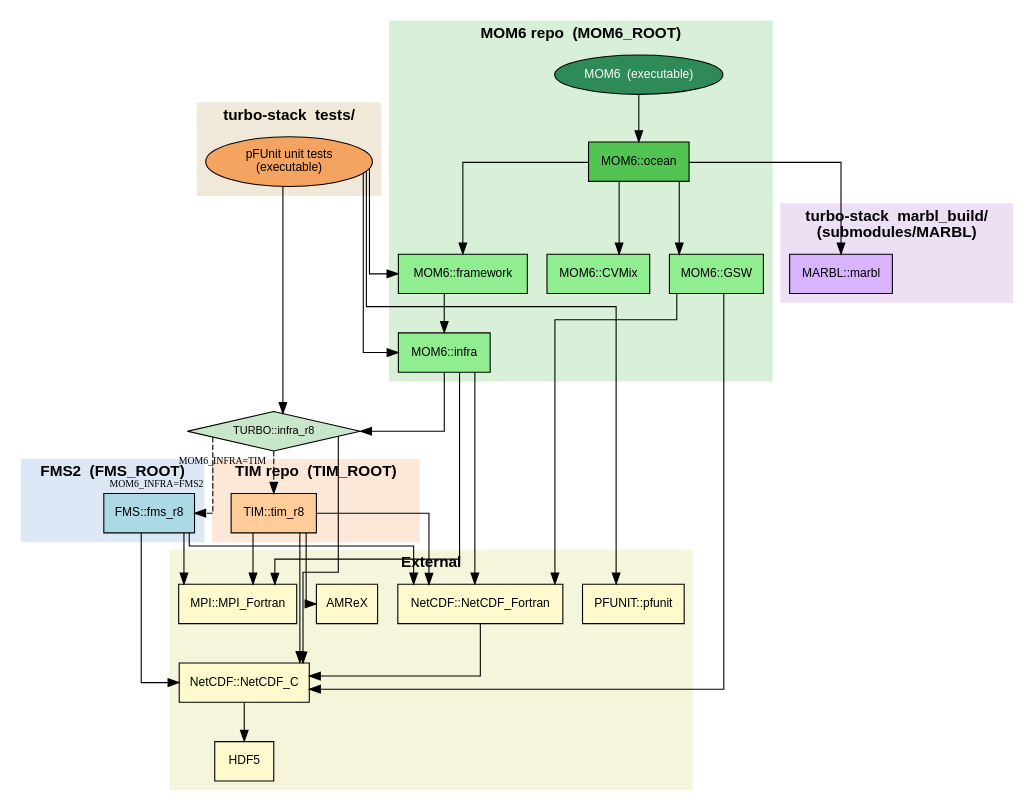
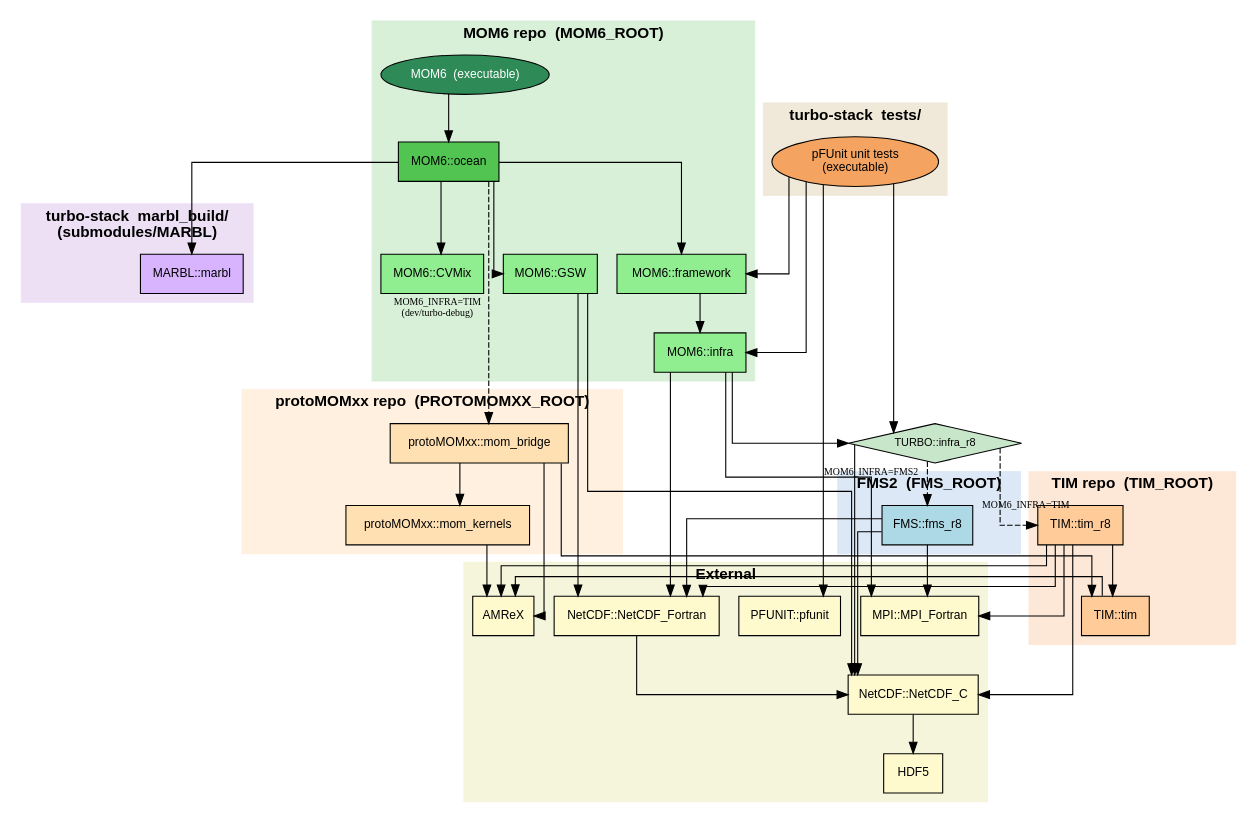
One commit to TURBO-ESM/turbo-stack changed the diagram in docs/cmake_dependency_dag.dot. Above: the diagram before and after it, drawn with Graphviz. The commit also changed 24 other files, not shown here.

```diff
--- a/docs/cmake_dependency_dag.dot
+++ b/docs/cmake_dependency_dag.dot
@@ -1,105 +1,124 @@
 digraph turbo_stack_deps {
     rankdir=TB;
     compound=true;
     node [shape=box, fontname="Helvetica", fontsize=11];
     edge [fontsize=9];
     splines=ortho;
 
     // ── External packages ────────────────────────────────────────────────────
     subgraph cluster_external {
         label="External";
         style=filled; color="#f5f5dc"; fontname="Helvetica-Bold";
 
         hdf5      [label="HDF5",                  fillcolor="#fffacd", style=filled];
         netcdf_c  [label="NetCDF::NetCDF_C",       fillcolor="#fffacd", style=filled];
         netcdf_f  [label="NetCDF::NetCDF_Fortran", fillcolor="#fffacd", style=filled];
         mpi       [label="MPI::MPI_Fortran",       fillcolor="#fffacd", style=filled];
         amrex     [label="AMReX",                  fillcolor="#fffacd", style=filled];
         pfunit    [label="PFUNIT::pfunit",         fillcolor="#fffacd", style=filled];
     }
 
     netcdf_c -> hdf5;
     netcdf_f -> netcdf_c;
 
     // ── FMS2 ─────────────────────────────────────────────────────────────────
     subgraph cluster_fms2 {
         label="FMS2  (FMS_ROOT)";
         style=filled; color="#dce8f5"; fontname="Helvetica-Bold";
 
         fms_r8 [label="FMS::fms_r8", fillcolor="#add8e6", style=filled];
     }
 
     fms_r8 -> netcdf_c;
     fms_r8 -> netcdf_f;
     fms_r8 -> mpi;
 
     // ── TIM ──────────────────────────────────────────────────────────────────
     subgraph cluster_tim {
         label="TIM repo  (TIM_ROOT)";
         style=filled; color="#fde8d8"; fontname="Helvetica-Bold";
 
-        tim_r8 [label="TIM::tim_r8", fillcolor="#ffcc99", style=filled];
+        tim_r8  [label="TIM::tim_r8", fillcolor="#ffcc99", style=filled];
+        tim_cpp [label="TIM::tim",    fillcolor="#ffcc99", style=filled];
     }
 
     tim_r8 -> amrex;
     tim_r8 -> netcdf_c;
     tim_r8 -> netcdf_f;
     tim_r8 -> mpi;
+    tim_r8 -> tim_cpp;
+    tim_cpp -> amrex;
+
+    // ── protoMOMxx (MOM C++ kernels + the bridge MOM6 calls under -D_TIM) ────
+    subgraph cluster_protomom {
+        label="protoMOMxx repo  (PROTOMOMXX_ROOT)";
+        style=filled; color="#fff0e0"; fontname="Helvetica-Bold";
+
+        mom_bridge  [label="protoMOMxx::mom_bridge",  fillcolor="#ffe0b2", style=filled];
+        mom_kernels [label="protoMOMxx::mom_kernels", fillcolor="#ffe0b2", style=filled];
+    }
+
+    mom_bridge  -> mom_kernels;
+    mom_bridge  -> tim_cpp;
+    mom_bridge  -> amrex;
+    mom_kernels -> amrex;
 
     // ── TURBO::infra_r8 (backend-agnostic INTERFACE wrapper) ─────────────────
     turbo_infra [label="TURBO::infra_r8",
                  shape=diamond, fillcolor="#c8e6c9", style=filled, fontsize=10];
     turbo_infra -> fms_r8  [style=dashed, xlabel="MOM6_INFRA=FMS2"];
     turbo_infra -> tim_r8  [style=dashed, xlabel="MOM6_INFRA=TIM"];
     // Explicit so libnetcdf.so's absolute path lands on every link line that
     // uses TURBO::infra_r8 (see turbo-stack CMakeLists.txt). Solid: always present.
     turbo_infra -> netcdf_c;
 
     // ── MARBL (turbo-stack owned) ─────────────────────────────────────────────
     subgraph cluster_marbl {
         label="turbo-stack  marbl_build/\n(submodules/MARBL)";
         style=filled; color="#ede0f5"; fontname="Helvetica-Bold";
 
         mom6_marbl [label="MARBL::marbl", fillcolor="#d8b4fe", style=filled];
     }
 
     // ── MOM6 repo ────────────────────────────────────────────────────────────
     subgraph cluster_mom6 {
         label="MOM6 repo  (MOM6_ROOT)";
         style=filled; color="#d8f0d8"; fontname="Helvetica-Bold";
 
         cvmix    [label="MOM6::CVMix",          fillcolor="#90ee90", style=filled];
         gsw      [label="MOM6::GSW",            fillcolor="#90ee90", style=filled];
         infra    [label="MOM6::infra",          fillcolor="#90ee90", style=filled];
         fw       [label="MOM6::framework",      fillcolor="#90ee90", style=filled];
         ocean    [label="MOM6::ocean",          fillcolor="#52c452", style=filled];
         mom6_exe [label="MOM6  (executable)",   fillcolor="#2e8b57", style=filled,
                   fontcolor=white, shape=ellipse];
     }
 
     gsw     -> netcdf_c;
     gsw     -> netcdf_f;
     infra   -> turbo_infra;
     infra   -> mpi;
     infra   -> netcdf_f;
     fw      -> infra;
     ocean   -> fw;
     ocean   -> cvmix;
     ocean   -> gsw;
     ocean   -> mom6_marbl;
+    // Only MOM6 dev/turbo-debug has this link, and only under MOM6_INFRA=TIM.
+    ocean   -> mom_bridge [style=dashed, xlabel="MOM6_INFRA=TIM\n(dev/turbo-debug)"];
     mom6_exe -> ocean;
 
     // ── turbo-stack tests ─────────────────────────────────────────────────────
     subgraph cluster_tests {
         label="turbo-stack  tests/";
         style=filled; color="#f0e8d8"; fontname="Helvetica-Bold";
 
         tests [label="pFUnit unit tests\n(executable)", fillcolor="#f4a460", style=filled,
                shape=ellipse];
     }
 
     tests -> fw;
     tests -> infra;
     tests -> turbo_infra;
     tests -> pfunit;
 }
```
